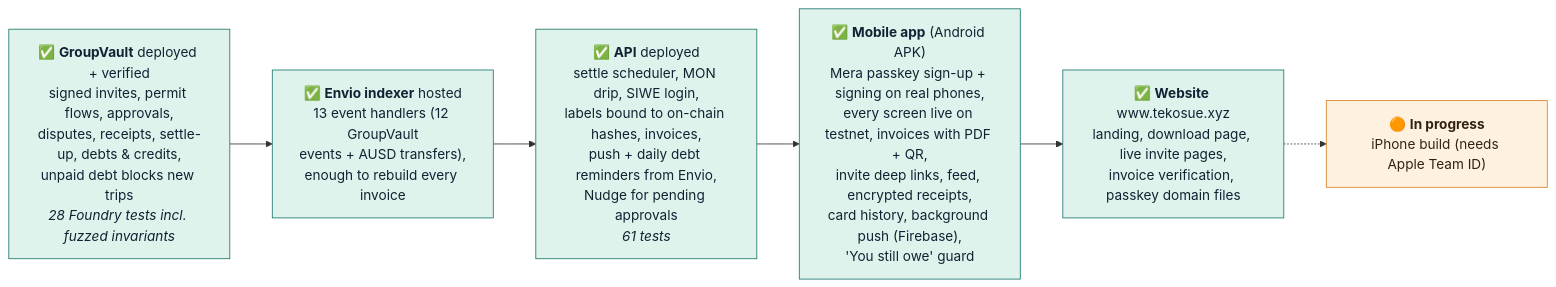
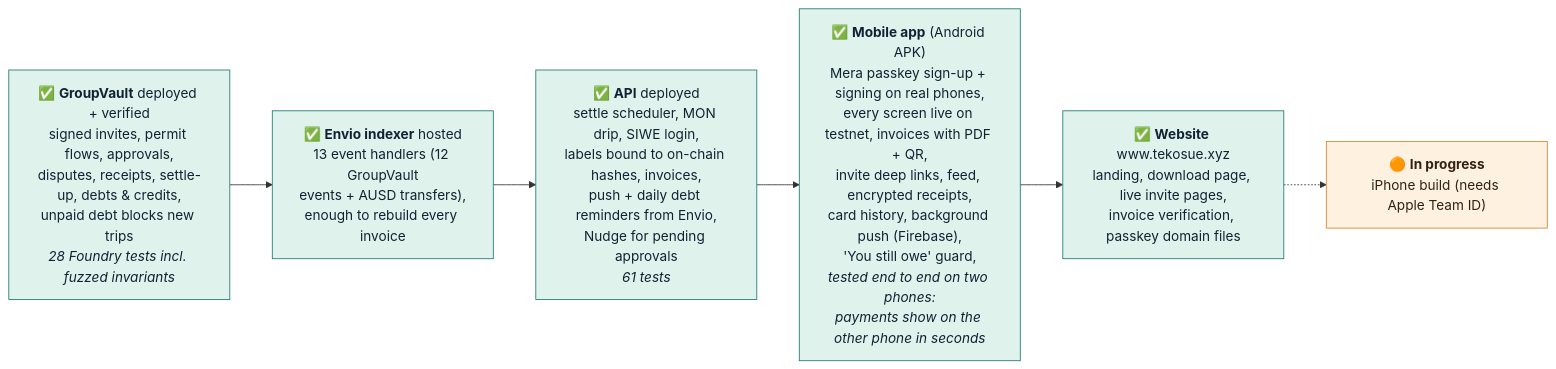
One commit to sewunodetech/tekosue changed the eighth of 13 diagrams in README.md. Above: the diagram before and after it, drawn with Mermaid. The commit also changed other lines of this file and 1 other file, not shown here.

````diff
--- a/README.md
+++ b/README.md
@@ -265,14 +285,14 @@
 ```mermaid
 flowchart LR
     classDef done fill:#dff3ec,stroke:#1f7a6e,color:#123
     classDef wip fill:#fff1e0,stroke:#d9822b,color:#321
 
     C["✅ <b>GroupVault</b> deployed + verified<br/>signed invites, permit flows, approvals,<br/>disputes, receipts, settle-up, debts & credits,<br/>unpaid debt blocks new trips<br/><i>28 Foundry tests incl. fuzzed invariants</i>"]:::done
     I["✅ <b>Envio indexer</b> hosted<br/>13 event handlers (12 GroupVault<br/>events + AUSD transfers),<br/>enough to rebuild every invoice"]:::done
     A["✅ <b>API</b> deployed<br/>settle scheduler, MON drip, SIWE login,<br/>labels bound to on-chain hashes, invoices,<br/>push + daily debt reminders from Envio,<br/>Nudge for pending approvals<br/><i>61 tests</i>"]:::done
-    M["✅ <b>Mobile app</b> (Android APK)<br/>Mera passkey sign-up + signing on real phones,<br/>every screen live on testnet, invoices with PDF + QR,<br/>invite deep links, feed, encrypted receipts,<br/>card history, background push (Firebase),<br/>'You still owe' guard"]:::done
+    M["✅ <b>Mobile app</b> (Android APK)<br/>Mera passkey sign-up + signing on real phones,<br/>every screen live on testnet, invoices with PDF + QR,<br/>invite deep links, feed, encrypted receipts,<br/>card history, background push (Firebase),<br/>'You still owe' guard,<br/><i>tested end to end on two phones:<br/>payments show on the other phone in seconds</i>"]:::done
     W["✅ <b>Website</b> www.tekosue.xyz<br/>landing, download page, live invite pages,<br/>invoice verification, passkey domain files"]:::done
     P["🟠 <b>In progress</b><br/>iPhone build (needs Apple Team ID)"]:::wip
 
     C --> I --> A --> M --> W -.-> P
 ```
````
